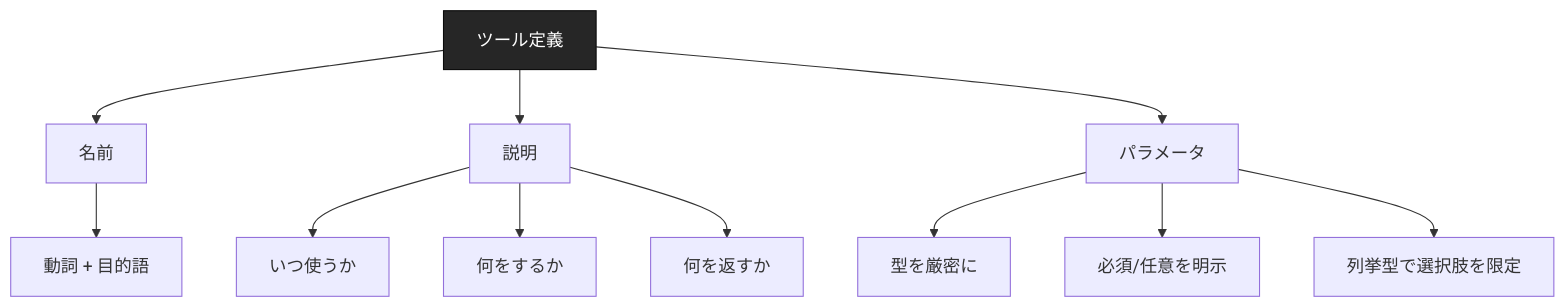
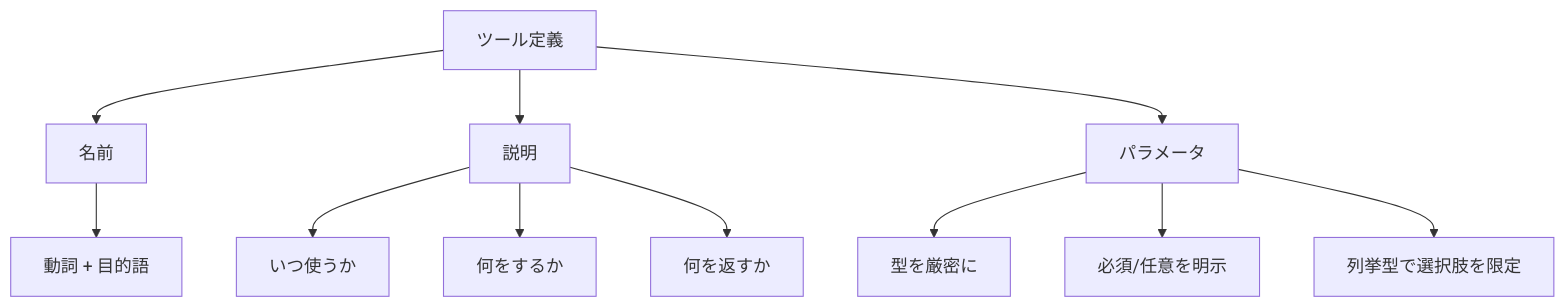
Before and after one commit to dinekt/dinekt-wiki: the first of 2 diagrams in docs/techniques/llm-ツール定義のスキーマ設計.md, drawn with Mermaid. The commit also changed 70 other files, not shown here.

First line of the commit message:
fix(mermaid): strip all inline styling, rely on theme

````diff
--- a/docs/techniques/llm-ツール定義のスキーマ設計.md
+++ b/docs/techniques/llm-ツール定義のスキーマ設計.md
@@ -25,15 +25,14 @@
 ```mermaid
 flowchart TD
     T[ツール定義] --> N[名前]
     T --> D[説明]
     T --> P[パラメータ]
     N --> N1[動詞 + 目的語]
     D --> D1[いつ使うか]
     D --> D2[何をするか]
     D --> D3[何を返すか]
     P --> P1[型を厳密に]
     P --> P2[必須/任意を明示]
     P --> P3[列挙型で選択肢を限定]
 
-    style T fill:#262626,color:#fff,stroke:#0a0a0a
 ```
````
